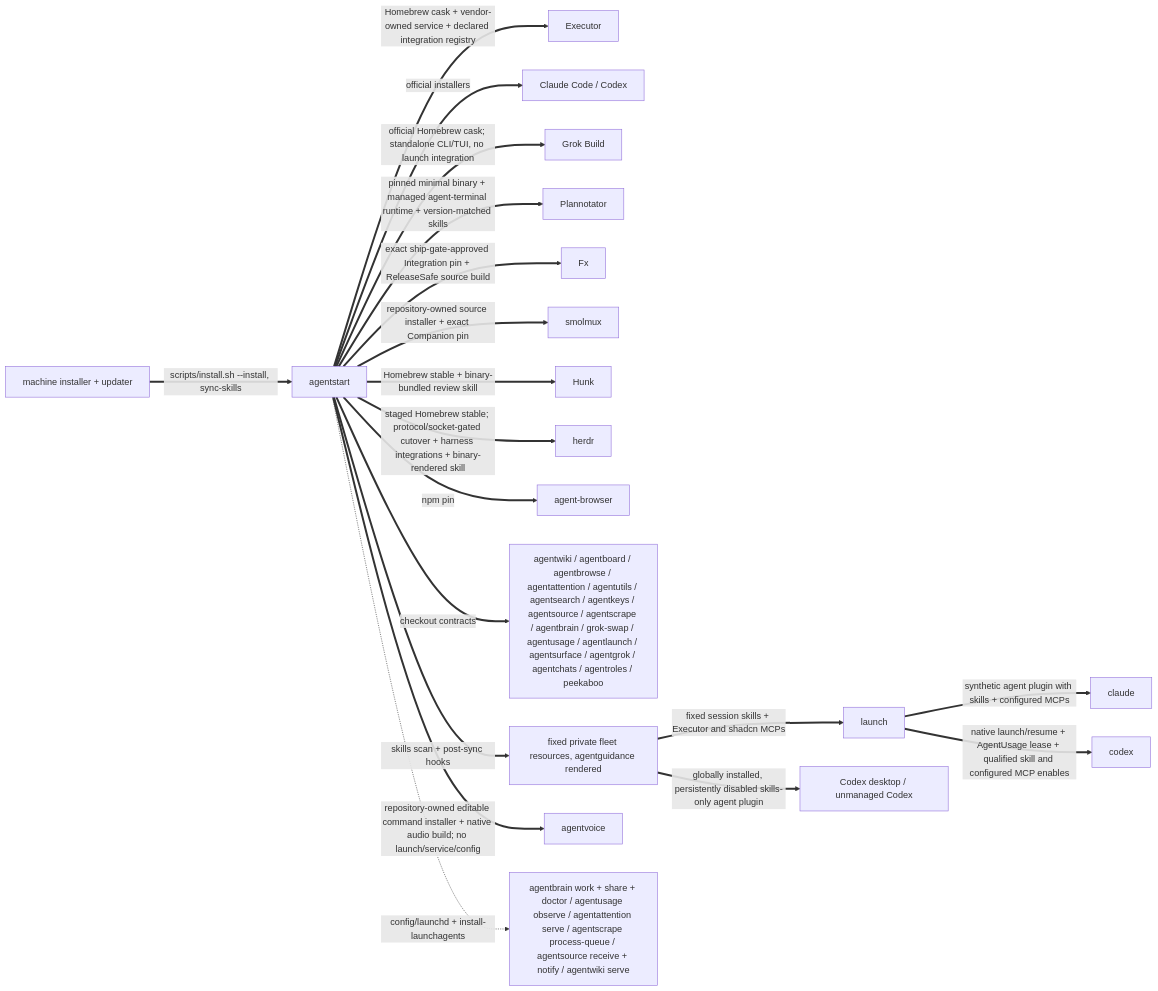
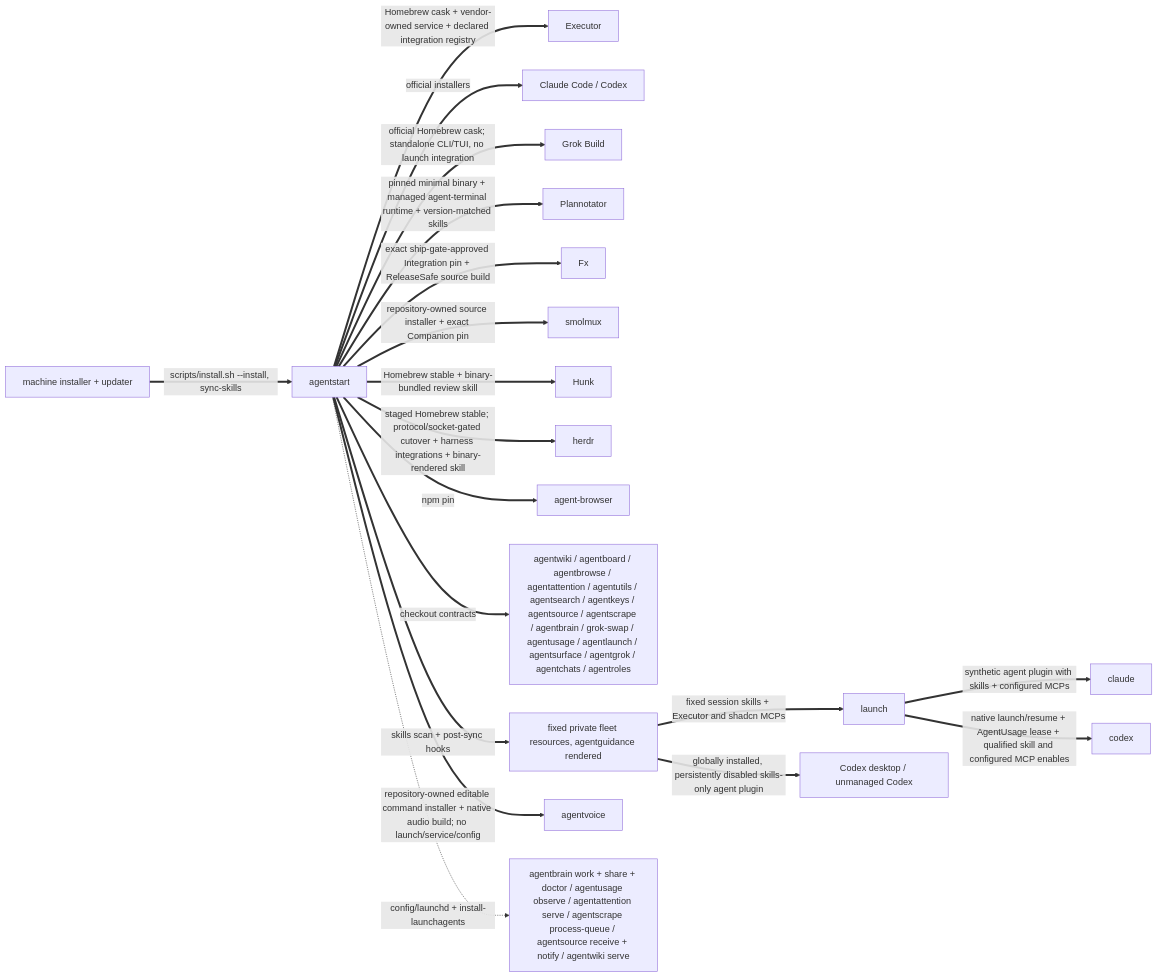
Before and after one commit to possibilities/agentstart: the second of 3 diagrams in skills/fleet/MAP.md, drawn with Mermaid. The commit also changed other lines of this file and 5 other files, not shown here.

````diff
--- a/skills/fleet/MAP.md
+++ b/skills/fleet/MAP.md
@@ -104,24 +104,24 @@
 ```mermaid
 flowchart LR
     machine[machine installer + updater]
     start[agentstart]
 
     machine ==>|scripts/install.sh --install, sync-skills| start
     start ==>|Homebrew cask + vendor-owned service + declared integration registry| executor[Executor]
     start ==>|official installers| harnesses[Claude Code / Codex]
     start ==>|official Homebrew cask; standalone CLI/TUI, no launch integration| grok[Grok Build]
     start ==>|pinned minimal binary + managed agent-terminal runtime + version-matched skills| plannotator[Plannotator]
     start ==>|exact ship-gate-approved Integration pin + ReleaseSafe source build| fx[Fx]
     start ==>|repository-owned source installer + exact Companion pin| smolmuxInstall[smolmux]
     start ==>|Homebrew stable + binary-bundled review skill| hunk[Hunk]
     start ==>|staged Homebrew stable; protocol/socket-gated cutover + harness integrations + binary-rendered skill| herdrInstall[herdr]
     start ==>|npm pin| browser[agent-browser]
-    start ==>|checkout contracts| fleet[agentwiki / agentboard / agentbrowse / agentattention / agentutils / agentsearch / agentkeys / agentsource / agentscrape / agentbrain / grok-swap / agentusage / agentlaunch / agentsurface / agentgrok / agentchats / agentroles / peekaboo]
+    start ==>|checkout contracts| fleet[agentwiki / agentboard / agentbrowse / agentattention / agentutils / agentsearch / agentkeys / agentsource / agentscrape / agentbrain / grok-swap / agentusage / agentlaunch / agentsurface / agentgrok / agentchats / agentroles]
     start ==>|skills scan + post-sync hooks| skills[fixed private fleet resources, agentguidance rendered]
     start ==>|repository-owned editable command installer + native audio build; no launch/service/config| voiceInstall[agentvoice]
     skills ==>|fixed session skills + Executor and shadcn MCPs| launch
     launch ==>|synthetic agent plugin with skills + configured MCPs| claude
     launch ==>|native launch/resume + AgentUsage lease + qualified skill and configured MCP enables| codex
     skills ==>|globally installed, persistently disabled skills-only agent plugin| codexDesktop[Codex desktop / unmanaged Codex]
     start -.->|config/launchd + install-launchagents| services[agentbrain work + share + doctor / agentusage observe / agentattention serve / agentscrape process-queue / agentsource receive + notify / agentwiki serve]
 ```
````
